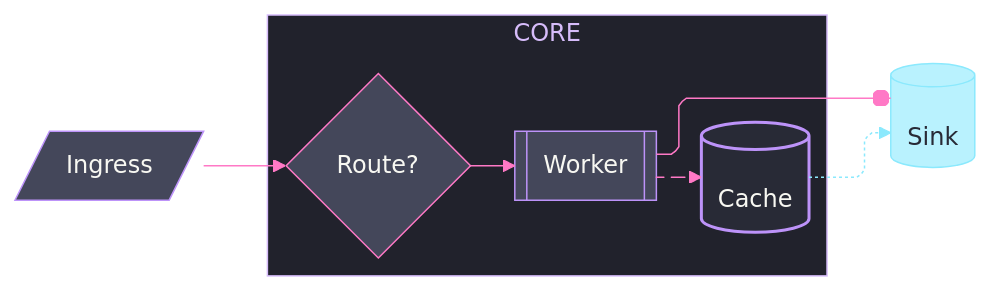
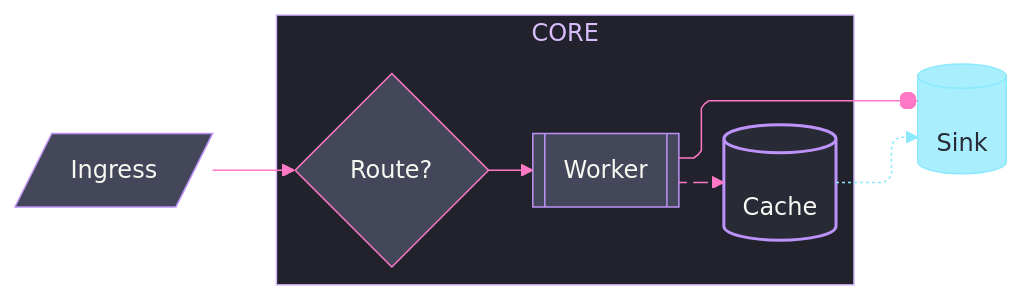
Before and after one commit to bsamiee/Rasm: the diagram in .claude/skills/mermaid-diagramming/references/styling.md, drawn with Mermaid. The commit also changed other lines of this file and 56 other files, not shown here.

````diff
--- a/.claude/skills/mermaid-diagramming/references/styling.md
+++ b/.claude/skills/mermaid-diagramming/references/styling.md
@@ -226,52 +226,52 @@
 ```mermaid
 ---
 config:
   theme: base
   look: classic
   layout: elk
   flowchart:
     curve: linear
-    padding: 22
+    padding: 25
   themeVariables:
     darkMode: true
     fontFamily: "SF Mono, Menlo, Cascadia Mono, Segoe UI Mono, Consolas, monospace"
     useGradient: false
     dropShadow: "none"
     primaryColor: "#44475A"
     primaryTextColor: "#F8F8F2"
     primaryBorderColor: "#BD93F9"
     lineColor: "#FF79C6"
     textColor: "#F8F8F2"
     titleColor: "#D6BCFA"
     clusterBkg: "#21222C"
     clusterBorder: "#D6BCFA"
     edgeLabelBackground: "#21222C"
     labelBackgroundColor: "#21222C"
-  themeCSS: ".nodeLabel{font-size:13px;font-weight:500}.edgeLabel{font-size:12px;font-weight:500}.cluster-label .nodeLabel{font-size:12.5px;font-weight:600;letter-spacing:.08em}.edge-thickness-normal{stroke-width:2px}.edge-thickness-thick{stroke-width:3px}.edge-pattern-dashed,.edge-pattern-dotted{stroke-width:1.5px;stroke-dasharray:4 6}.node rect,.node circle,.node polygon,.node path,.node .outer-path{stroke-width:1.5px;filter:none!important}.cluster rect{stroke-width:1px!important;stroke-dasharray:5 4!important;filter:none!important}.marker path,.marker circle{transform:scale(.8);transform-origin:5px 5px}.edgeLabel rect{transform-box:fill-box;transform-origin:center;transform:scale(1.1,1.2)}"
+  themeCSS: ".nodeLabel{font-size:13px;font-weight:500}.edgeLabel{font-size:12px;font-weight:500}.cluster-label .nodeLabel{font-size:13.5px;font-weight:700;letter-spacing:.08em}.edge-thickness-normal{stroke-width:2px}.edge-thickness-thick{stroke-width:3px}.edge-pattern-dashed,.edge-pattern-dotted{stroke-width:1.5px;stroke-dasharray:4 6}.node rect,.node circle,.node polygon,.node path,.node .outer-path{stroke-width:1.5px;filter:none!important}.cluster rect{stroke-width:1px!important;stroke-dasharray:5 4!important;filter:none!important}.marker path{transform:scale(.8);transform-origin:5px 5px}.marker circle{transform:scale(.48);transform-origin:5px 5px}.edgeLabel rect{transform-box:fill-box;transform-origin:center;transform:scale(1.1,1.2)}"
 ---
 flowchart LR
   accTitle: Style precedence demo
   accDescr: One flowchart spending theme variables, classes, inline style, linkStyle, and edge metadata so later and more specific declarations win, with an animated hot edge feeding the called-out node.
   Ingress@{ shape: lean-r, label: "Ingress" }
   Router{Route?}
   Cache[(Cache)]
   Worker[[Worker]]
   Sink@{ shape: cyl, label: "Sink" }
   subgraph Core [CORE]
     direction TB
     Router --> Worker
     Worker e1@--> Cache
   end
   Ingress --> Router
   Cache -.-> Sink
   Worker e2@--o Sink
   e1@{ curve: linear, animate: true }
   classDef primary fill:#44475A,stroke:#FF79C6,color:#F8F8F2
   classDef data fill:#FFB86CBF,stroke:#FFB86C,color:#282A36
-  classDef external fill:#8BE9FD99,stroke:#8BE9FD,color:#282A36
+  classDef external fill:#8BE9FDBF,stroke:#8BE9FD,color:#282A36
   class Router primary
   class Cache data
   class Sink external
   style Cache fill:#282A36,stroke:#BD93F9,stroke-width:2px,color:#F8F8F2
   linkStyle 3 stroke:#8BE9FD,color:#F8F8F2
 ```
````
